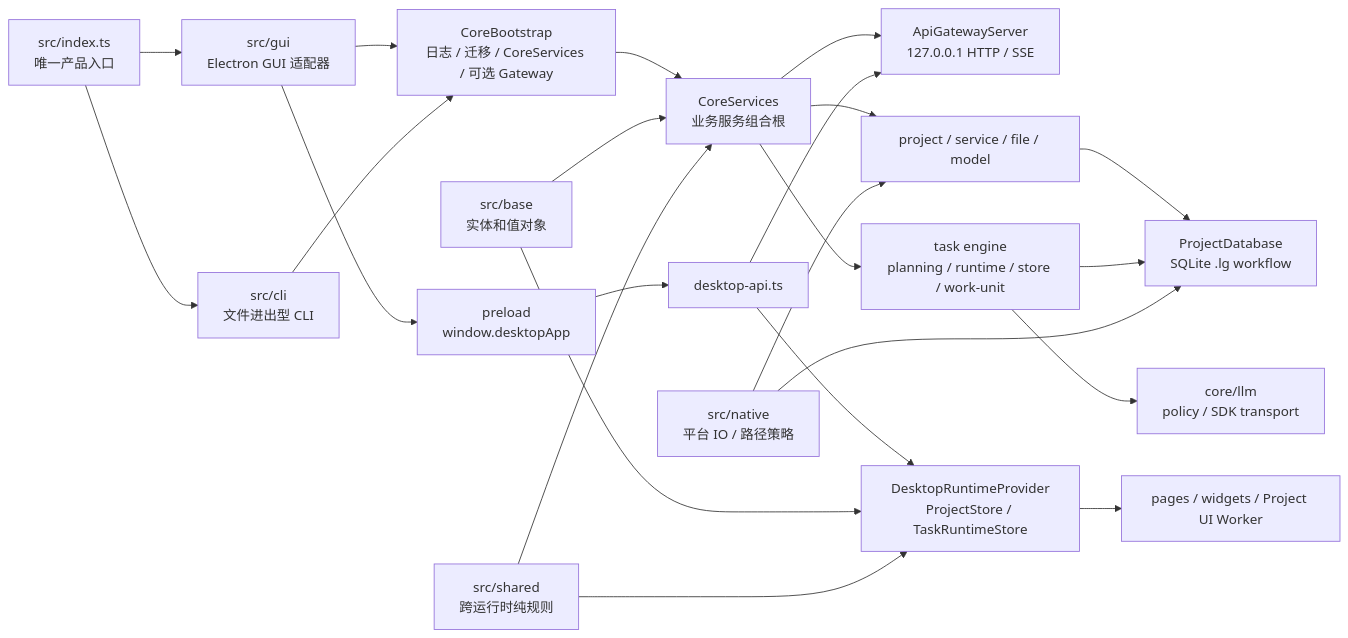
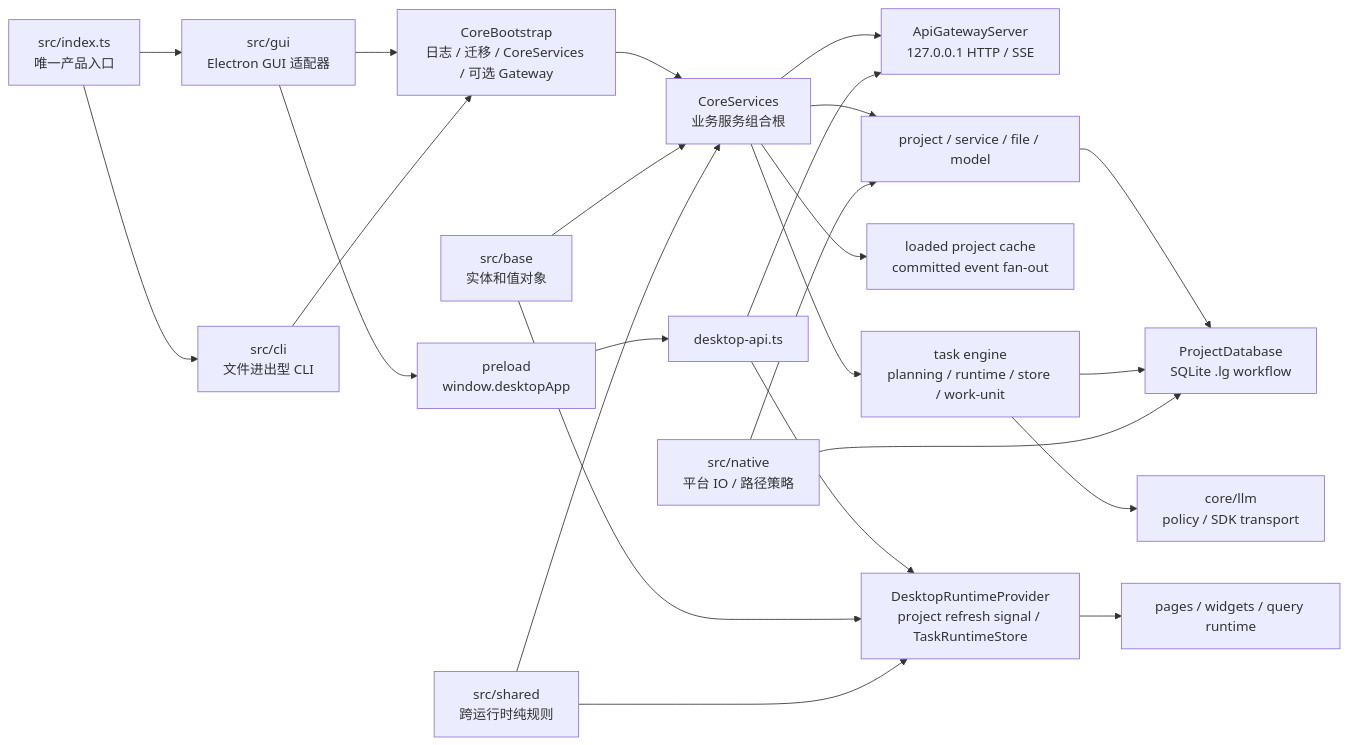
The diagram in docs/ARCHITECTURE.md (neavo/LinguaGacha), drawn with Mermaid before and after one commit. The commit also changed other lines of this file and 226 other files, not shown here.

````diff
--- a/docs/ARCHITECTURE.md
+++ b/docs/ARCHITECTURE.md
@@ -18,25 +18,26 @@
 ```mermaid
 flowchart LR
   Entry["src/index.ts<br/>唯一产品入口"] --> GUI["src/gui<br/>Electron GUI 适配器"]
   Entry --> CLI["src/cli<br/>文件进出型 CLI"]
   GUI --> Boot["CoreBootstrap<br/>日志 / 迁移 / CoreServices / 可选 Gateway"]
   CLI --> Boot
   Boot --> Services["CoreServices<br/>业务服务组合根"]
   Services --> API["ApiGatewayServer<br/>127.0.0.1 HTTP / SSE"]
   GUI --> Preload["preload<br/>window.desktopApp"]
   Preload --> RendererApi["desktop-api.ts"]
   RendererApi --> API
-  RendererApi --> Runtime["DesktopRuntimeProvider<br/>ProjectStore / TaskRuntimeStore"]
-  Runtime --> Pages["pages / widgets / Project UI Worker"]
+  RendererApi --> Runtime["DesktopRuntimeProvider<br/>project refresh signal / TaskRuntimeStore"]
+  Runtime --> Pages["pages / widgets / query runtime"]
+  Services --> ProjectState["loaded project cache<br/>committed event fan-out"]
   Services --> Project["project / service / file / model"]
   Services --> Engine["task engine<br/>planning / runtime / store / work-unit"]
   Engine --> LLM["core/llm<br/>policy / SDK transport"]
   Project --> DB["ProjectDatabase<br/>SQLite .lg workflow"]
   Engine --> DB
   Base["src/base<br/>实体和值对象"] --> Services
   Base --> Runtime
   Shared["src/shared<br/>跨运行时纯规则"] --> Services
   Shared --> Runtime
   Native["src/native<br/>平台 IO / 路径策略"] --> Project
   Native --> DB
 ```
````
